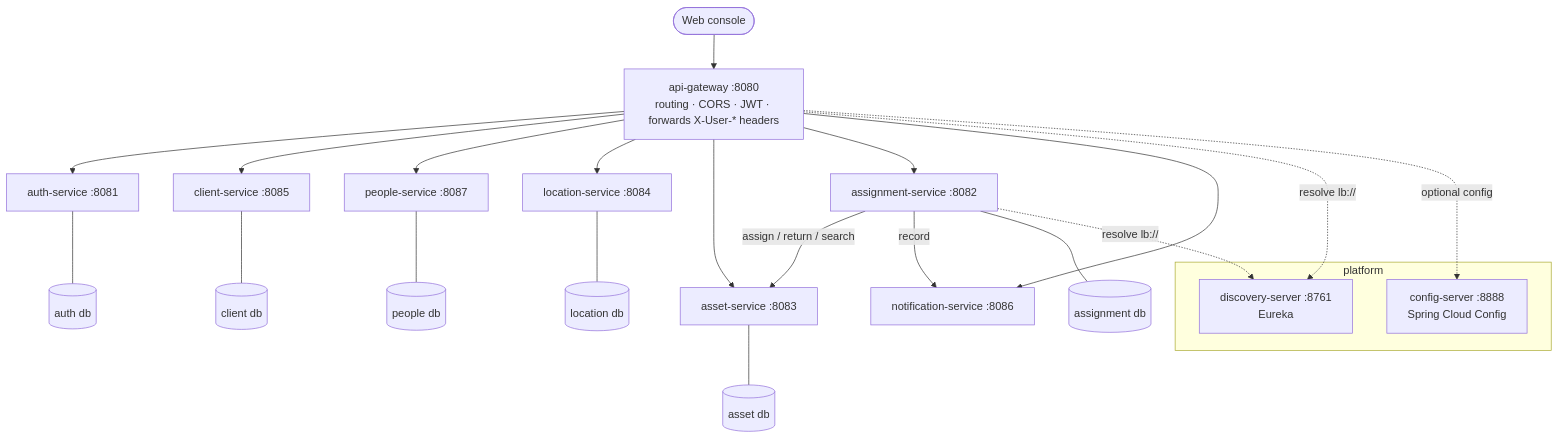
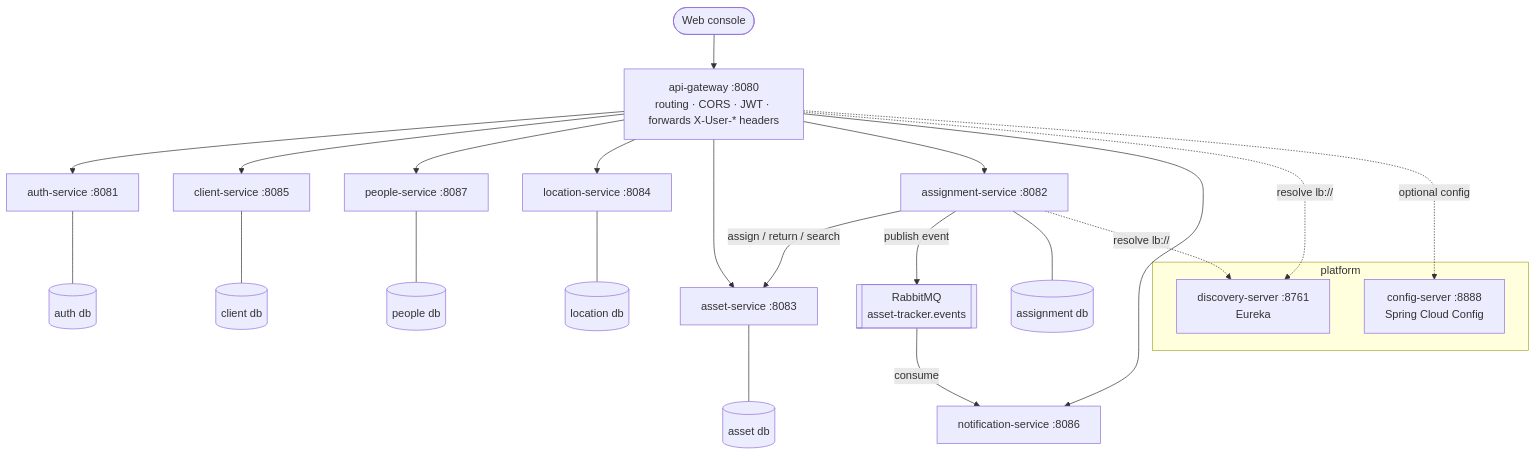
Before and after one commit to AlexisRodriguezCS/asset-tracker: the second of 4 diagrams in docs/architecture.md, drawn with Mermaid. The commit also changed other lines of this file and 34 other files, not shown here.

````diff
--- a/docs/architecture.md
+++ b/docs/architecture.md
@@ -40,33 +40,34 @@
 ```mermaid
 flowchart TB
     client([Web console])
 
     client --> gw[api-gateway :8080<br/>routing · CORS · JWT · forwards X-User-* headers]
 
     gw --> auth[auth-service :8081]
     gw --> cl[client-service :8085]
     gw --> ppl[people-service :8087]
     gw --> loc[location-service :8084]
     gw --> ast[asset-service :8083]
     gw --> asg[assignment-service :8082]
     gw --> ntf[notification-service :8086]
 
     asg -->|assign / return / search| ast
-    asg -->|record| ntf
+    asg -->|publish event| mq[[RabbitMQ<br/>asset-tracker.events]]
+    mq -->|consume| ntf
 
     auth --- authdb[(auth db)]
     cl --- cldb[(client db)]
     ppl --- ppldb[(people db)]
     loc --- locdb[(location db)]
     ast --- astdb[(asset db)]
     asg --- asgdb[(assignment db)]
 
     subgraph platform_services ["platform"]
         disc[discovery-server :8761<br/>Eureka]
         cfg[config-server :8888<br/>Spring Cloud Config]
     end
 
     gw -. resolve lb:// .-> disc
     asg -. resolve lb:// .-> disc
     gw -. optional config .-> cfg
 ```
````
